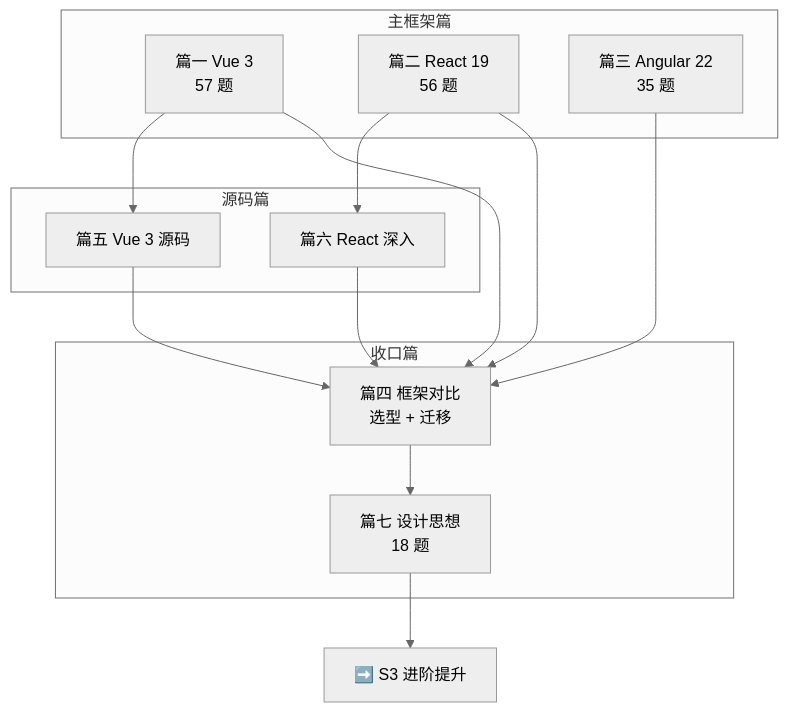
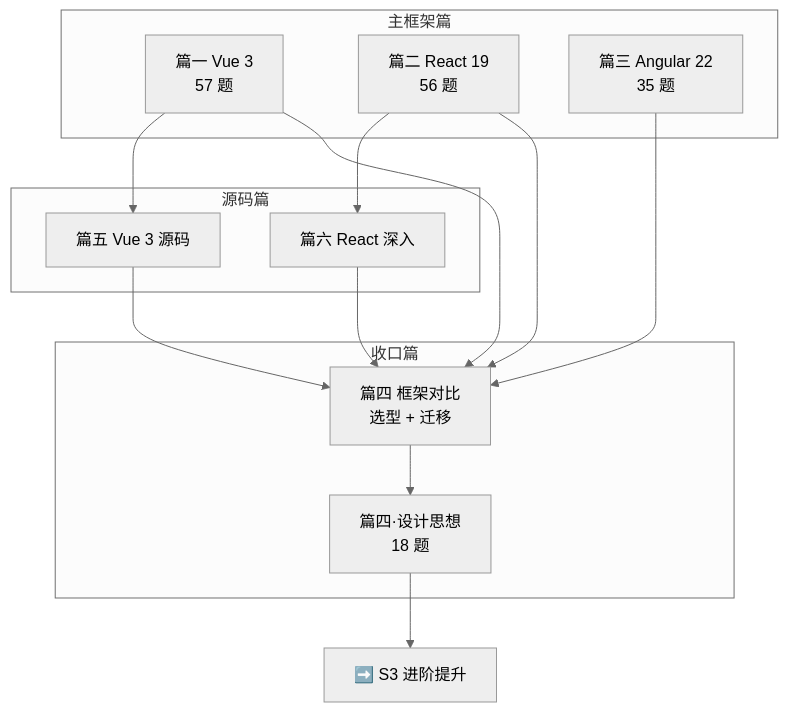
Before and after one commit to KMaybe01/interview-demo: the diagram in docs/S2-框架深入/index.md, drawn with Mermaid (neutral theme). The commit also changed other lines of this file and 4 other files, not shown here.

````diff
--- a/docs/S2-框架深入/index.md
+++ b/docs/S2-框架深入/index.md
@@ -49,25 +48,25 @@
 ```mermaid
 graph TB
     subgraph 主框架篇
         V["篇一 Vue 3<br/>57 题"]
         R["篇二 React 19<br/>56 题"]
         A["篇三 Angular 22<br/>35 题"]
     end
     subgraph 源码篇
         VS["篇五 Vue 3 源码"]
         RS["篇六 React 深入"]
     end
     subgraph 收口篇
         C["篇四 框架对比<br/>选型 + 迁移"]
-        D["篇七 设计思想<br/>18 题"]
+        D["篇四·设计思想<br/>18 题"]
     end
     V --> VS
     R --> RS
     V --> C
     R --> C
     A --> C
     VS --> C
     RS --> C
     C --> D
     D --> S3["➡️ S3 进阶提升"]
 ```
````
